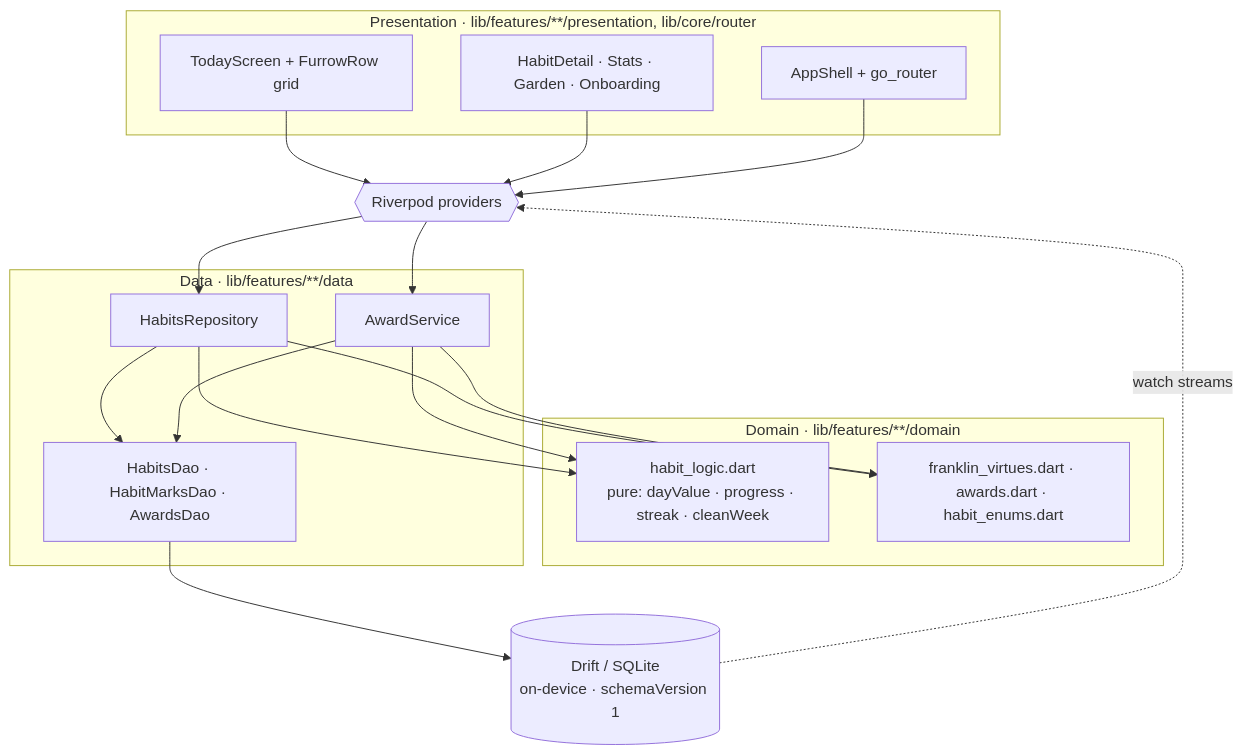
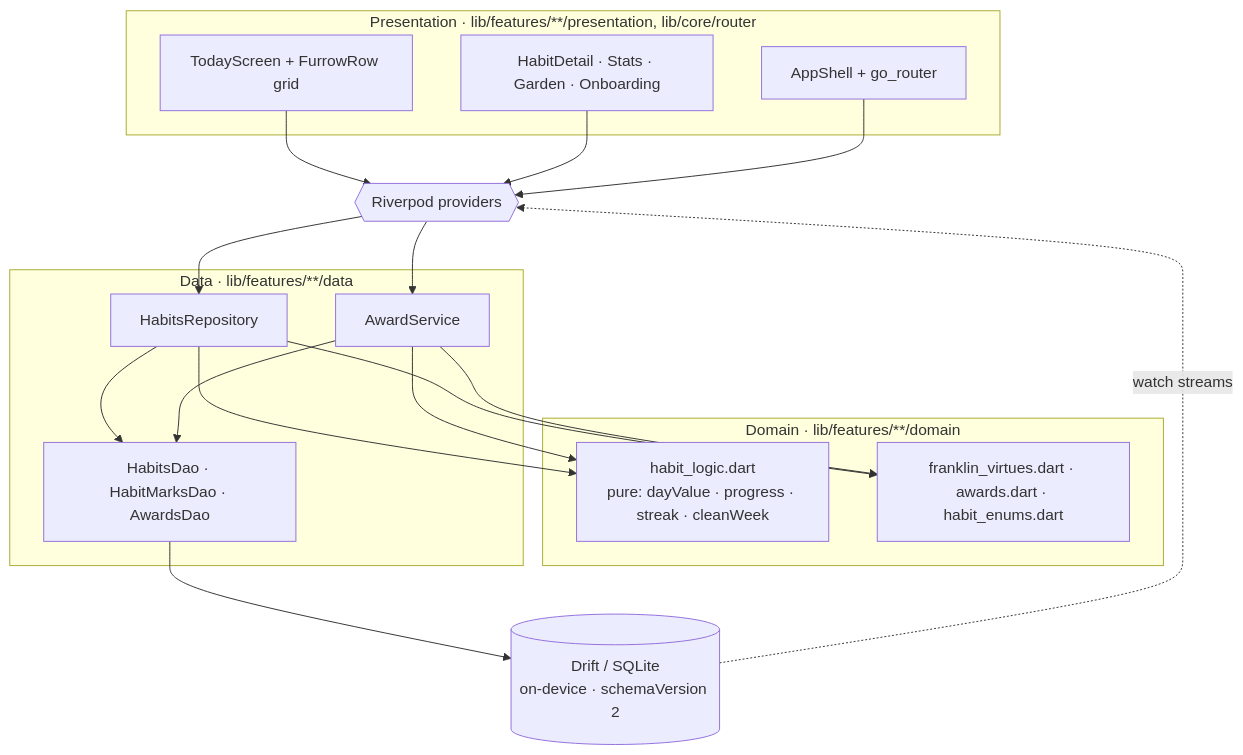
Before and after one commit to levitatingflyfisher/Furrow: the first of 5 diagrams in docs/architecture/OVERVIEW.md, drawn with Mermaid. The commit also changed other lines of this file and 76 other files, not shown here.

````diff
--- a/docs/architecture/OVERVIEW.md
+++ b/docs/architecture/OVERVIEW.md
@@ -23,26 +23,26 @@
 ```mermaid
 flowchart TB
     subgraph presentation [Presentation · lib/features/**/presentation, lib/core/router]
         today[TodayScreen + FurrowRow grid]
         detail[HabitDetail · Stats · Garden · Onboarding]
         shell[AppShell + go_router]
     end
     subgraph domain [Domain · lib/features/**/domain]
         logic[habit_logic.dart<br/>pure: dayValue · progress · streak · cleanWeek]
         virtues[franklin_virtues.dart · awards.dart · habit_enums.dart]
     end
     subgraph data [Data · lib/features/**/data]
         repo[HabitsRepository]
         awardsvc[AwardService]
         daos[HabitsDao · HabitMarksDao · AwardsDao]
     end
-    db[(Drift / SQLite<br/>on-device · schemaVersion 1)]
+    db[(Drift / SQLite<br/>on-device · schemaVersion 2)]
 
     today & detail --> providers{{Riverpod providers}}
     shell --> providers
     providers --> repo & awardsvc
     repo & awardsvc --> logic & virtues
     repo & awardsvc --> daos
     daos --> db
     db -. watch streams .-> providers
 ```
````
